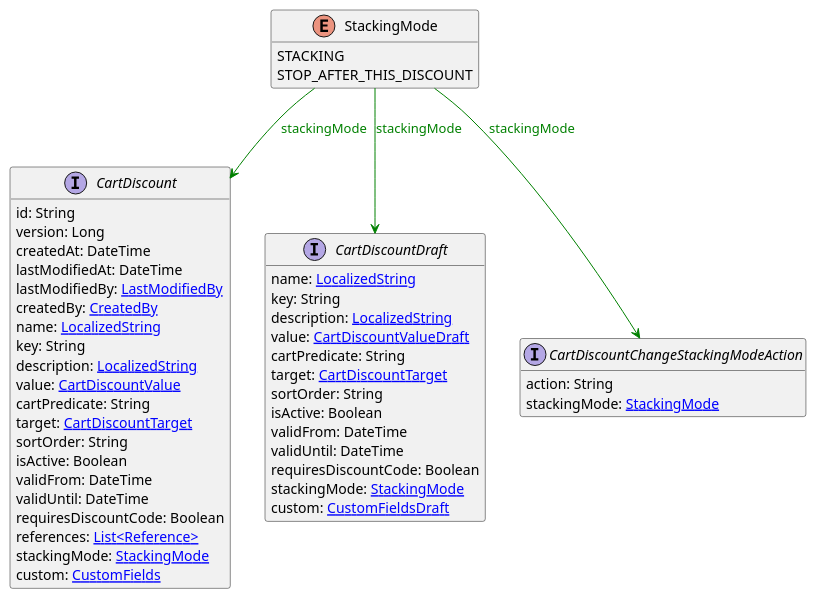
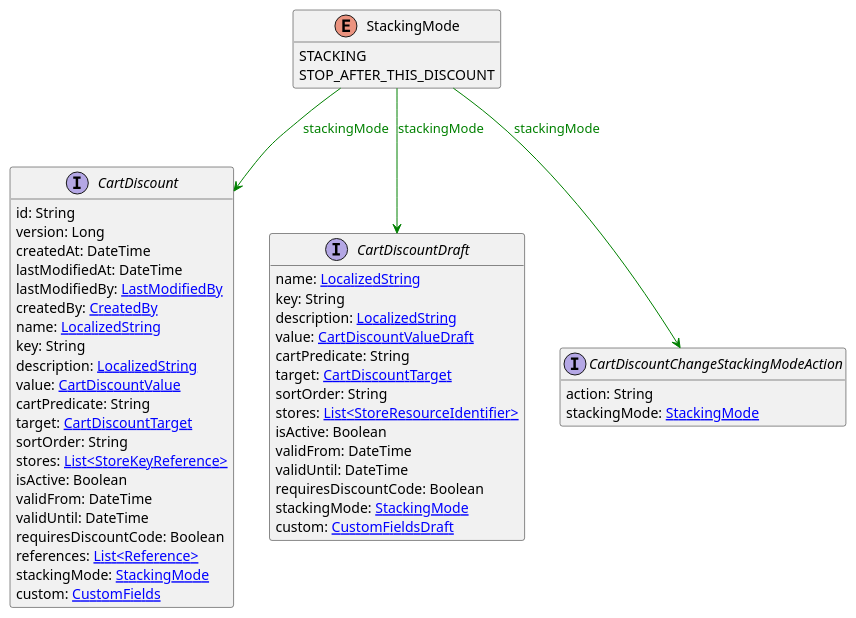
One commit to commercetools/commercetools-api-reference changed the diagram in uml/api/StackingMode.puml. Above: the diagram before and after it, drawn with PlantUML. The commit also changed 56 other files, not shown here.

```diff
--- a/uml/api/StackingMode.puml
+++ b/uml/api/StackingMode.puml
@@ -1,52 +1,54 @@
 @startuml
 
 hide methods
 enum StackingMode {
     STACKING
     STOP_AFTER_THIS_DISCOUNT
 }
 interface CartDiscount [[CartDiscount.svg]]  {
     id: String
     version: Long
     createdAt: DateTime
     lastModifiedAt: DateTime
     lastModifiedBy: [[LastModifiedBy.svg LastModifiedBy]]
     createdBy: [[CreatedBy.svg CreatedBy]]
     name: [[LocalizedString.svg LocalizedString]]
     key: String
     description: [[LocalizedString.svg LocalizedString]]
     value: [[CartDiscountValue.svg CartDiscountValue]]
     cartPredicate: String
     target: [[CartDiscountTarget.svg CartDiscountTarget]]
     sortOrder: String
+    stores: [[StoreKeyReference.svg List<StoreKeyReference>]]
     isActive: Boolean
     validFrom: DateTime
     validUntil: DateTime
     requiresDiscountCode: Boolean
     references: [[Reference.svg List<Reference>]]
     stackingMode: [[StackingMode.svg StackingMode]]
     custom: [[CustomFields.svg CustomFields]]
 }
 interface CartDiscountDraft [[CartDiscountDraft.svg]]  {
     name: [[LocalizedString.svg LocalizedString]]
     key: String
     description: [[LocalizedString.svg LocalizedString]]
     value: [[CartDiscountValueDraft.svg CartDiscountValueDraft]]
     cartPredicate: String
     target: [[CartDiscountTarget.svg CartDiscountTarget]]
     sortOrder: String
+    stores: [[StoreResourceIdentifier.svg List<StoreResourceIdentifier>]]
     isActive: Boolean
     validFrom: DateTime
     validUntil: DateTime
     requiresDiscountCode: Boolean
     stackingMode: [[StackingMode.svg StackingMode]]
     custom: [[CustomFieldsDraft.svg CustomFieldsDraft]]
 }
 interface CartDiscountChangeStackingModeAction [[CartDiscountChangeStackingModeAction.svg]]  {
     action: String
     stackingMode: [[StackingMode.svg StackingMode]]
 }
 StackingMode --> CartDiscount #green;text:green : "stackingMode"
 StackingMode --> CartDiscountDraft #green;text:green : "stackingMode"
 StackingMode --> CartDiscountChangeStackingModeAction #green;text:green : "stackingMode"
 @enduml
```
